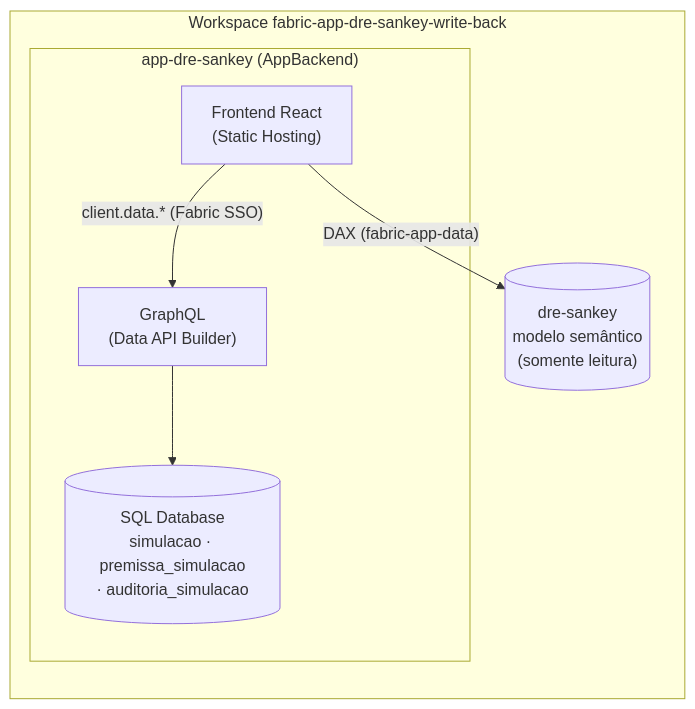
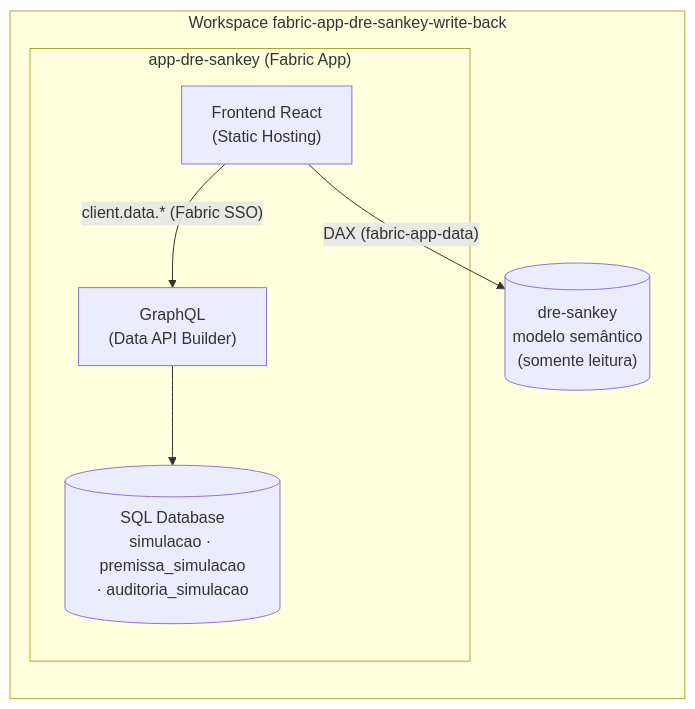
The first of 3 diagrams in docs/simulacao_write_back.md (alisonpezzott/fabric-app-dre-sankey-write-back), drawn with Mermaid before and after one commit. The commit also changed other lines of this file, not shown here.

````diff
--- a/docs/simulacao_write_back.md
+++ b/docs/simulacao_write_back.md
@@ -9,13 +9,13 @@
 ```mermaid
 flowchart LR
     subgraph Fabric["Workspace fabric-app-dre-sankey-write-back"]
         M[("dre-sankey<br/>modelo semântico<br/>(somente leitura)")]
-        subgraph App["app-dre-sankey (AppBackend)"]
+        subgraph App["app-dre-sankey (Fabric App)"]
             UI["Frontend React<br/>(Static Hosting)"]
             G["GraphQL<br/>(Data API Builder)"]
             DB[("SQL Database<br/>simulacao · premissa_simulacao<br/>· auditoria_simulacao")]
         end
     end
     UI -- "DAX (fabric-app-data)" --> M
     UI -- "client.data.* (Fabric SSO)" --> G --> DB
 ```
````
